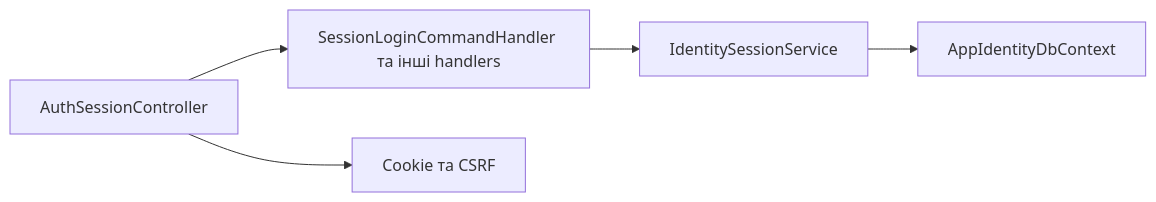
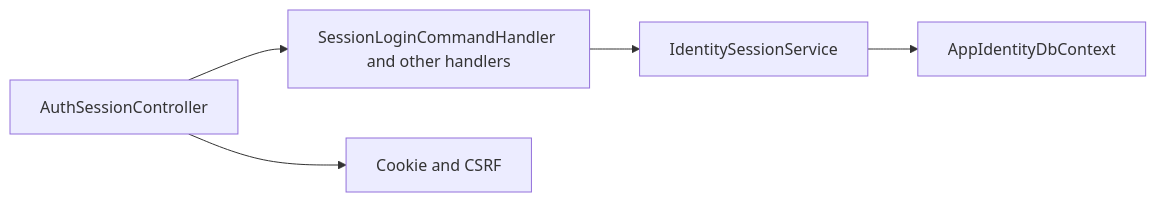
The diagram in docs/sdd/features/identity/session.md (Weretik/BreviERP), drawn with Mermaid before and after one commit. The commit also changed other lines of this file and 204 other files, not shown here.

````diff
--- a/docs/sdd/features/identity/session.md
+++ b/docs/sdd/features/identity/session.md
@@ -31,7 +31,7 @@
 ```mermaid
 flowchart LR
-    A["AuthSessionController"] --> B["SessionLoginCommandHandler та інші handlers"]
+    A["AuthSessionController"] --> B["SessionLoginCommandHandler and other handlers"]
     B --> C["IdentitySessionService"]
     C --> D["AppIdentityDbContext"]
-    A --> E["Cookie та CSRF"]
+    A --> E["Cookie and CSRF"]
 ```
````
